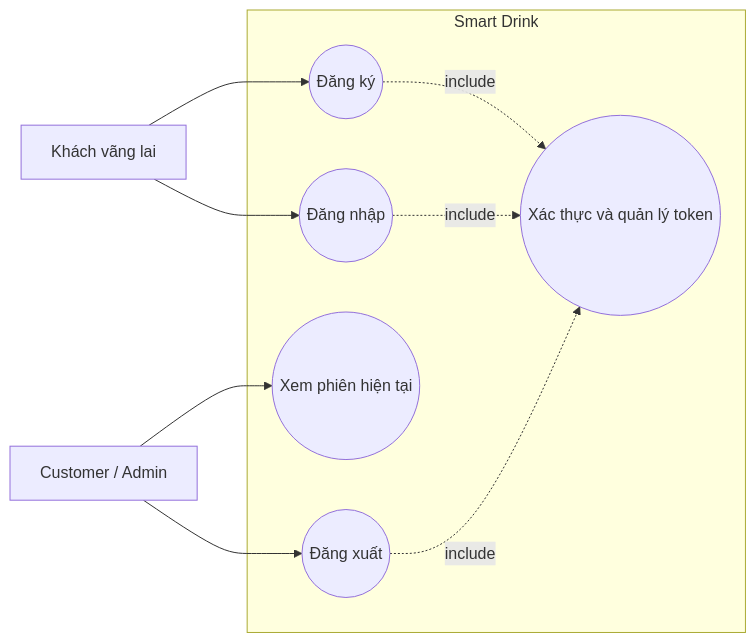
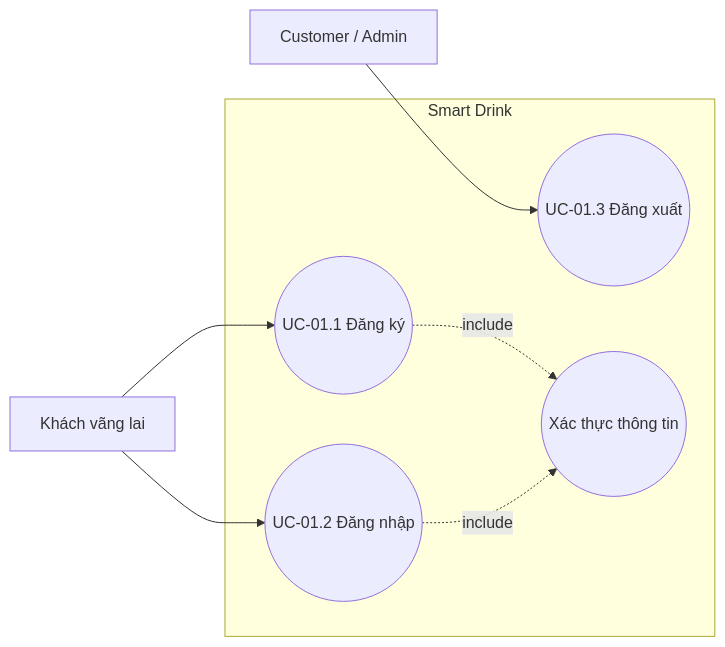
The first of 10 diagrams in tai_lieu_phan_tich_thiet_ke_he_thong/03-dac-ta-ca-su-dung.md (alisa12405/drink_app), drawn with Mermaid before and after one commit. The commit also changed other lines of this file and 4 other files, not shown here.

````diff
--- a/tai_lieu_phan_tich_thiet_ke_he_thong/03-dac-ta-ca-su-dung.md
+++ b/tai_lieu_phan_tich_thiet_ke_he_thong/03-dac-ta-ca-su-dung.md
@@ -19,19 +9,16 @@
 ```mermaid
 flowchart LR
     Guest[Khách vãng lai]
     User[Customer / Admin]
     subgraph SYS[Smart Drink]
-        Register((Đăng ký))
-        Login((Đăng nhập))
-        Me((Xem phiên hiện tại))
-        Logout((Đăng xuất))
-        Auth((Xác thực và quản lý token))
+        Register((UC-01.1 Đăng ký))
+        Login((UC-01.2 Đăng nhập))
+        Logout((UC-01.3 Đăng xuất))
+        Auth((Xác thực thông tin))
     end
     Guest --> Register
     Guest --> Login
+    User --> Logout
     Register -. include .-> Auth
     Login -. include .-> Auth
-    User --> Me
-    User --> Logout
-    Logout -. include .-> Auth
 ```
````
